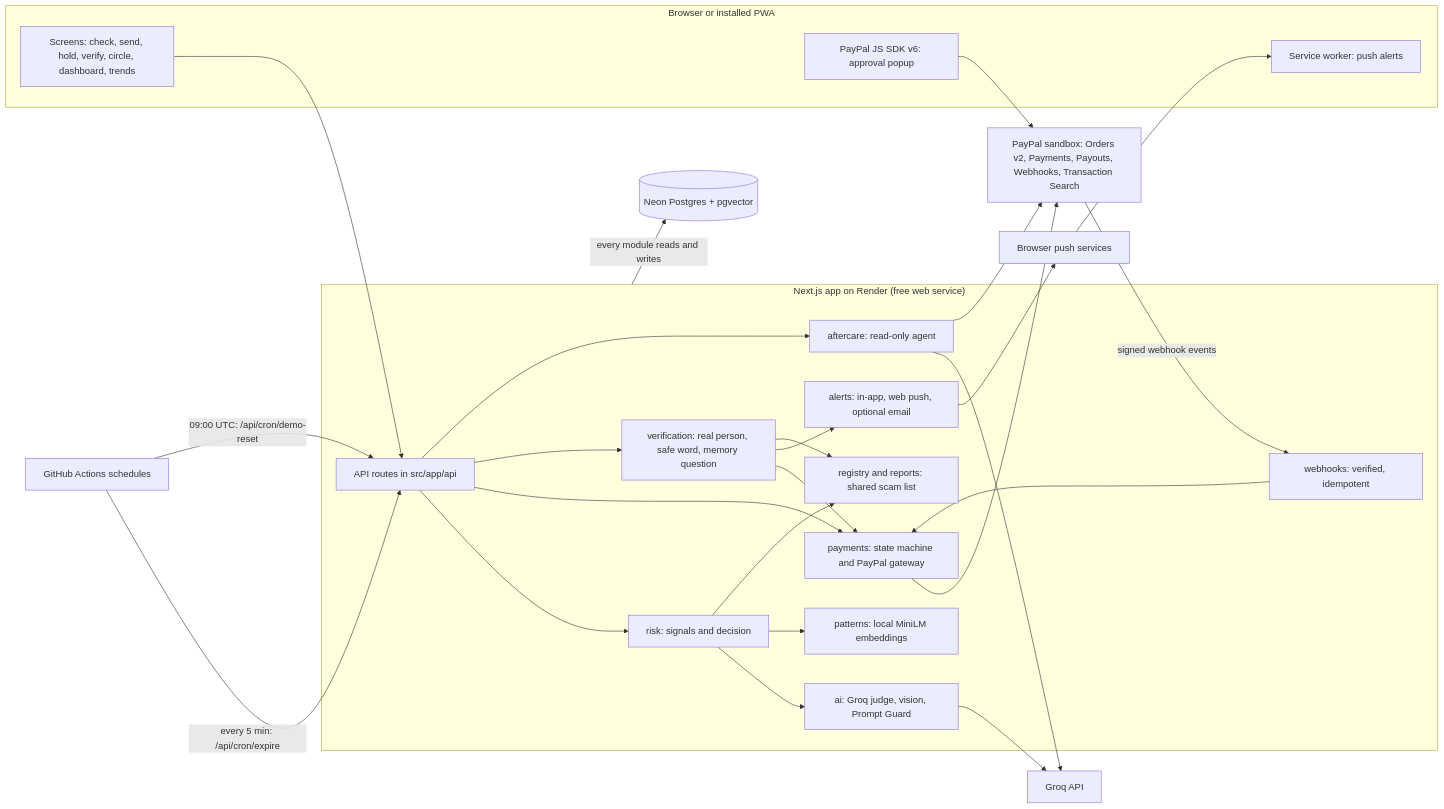
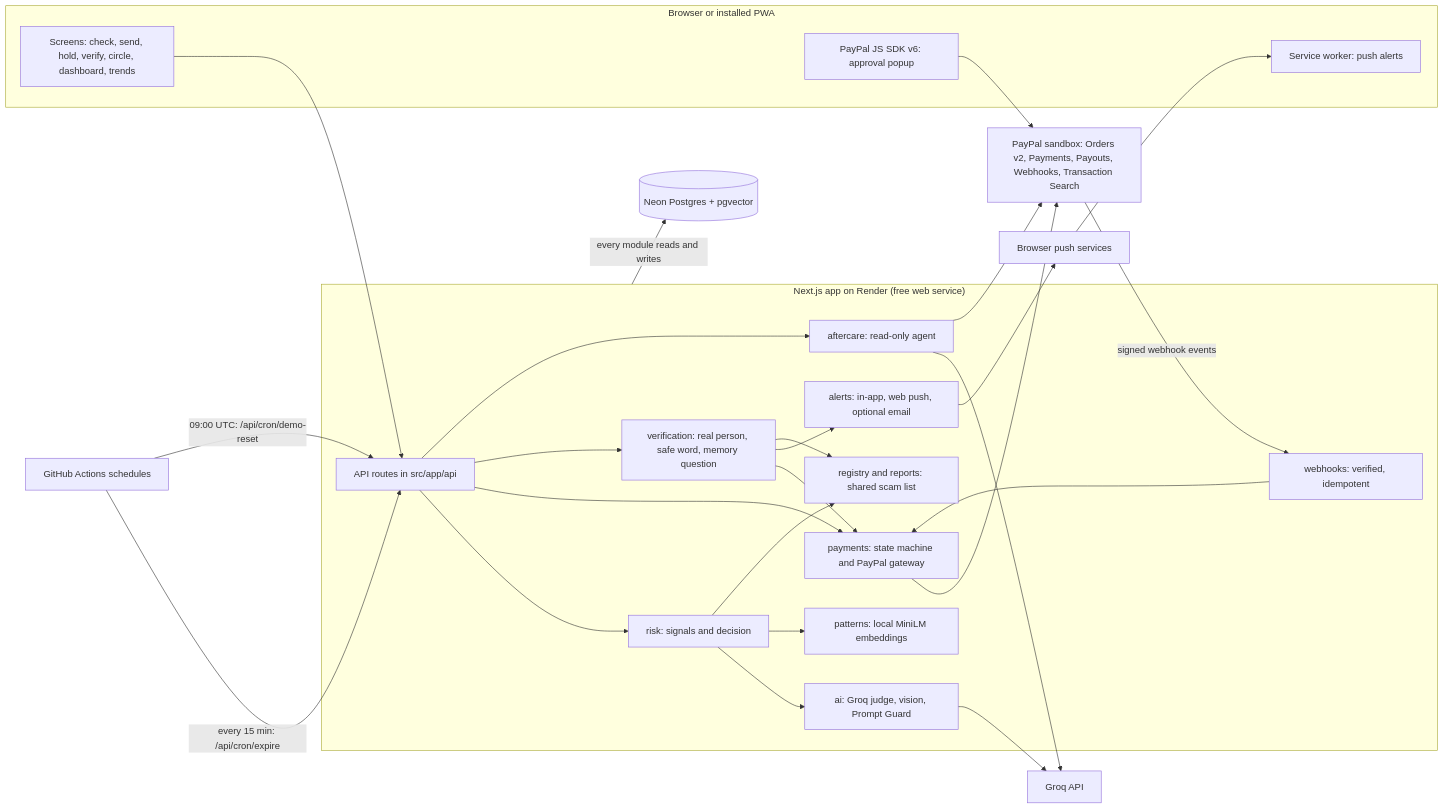
Before and after one commit to prats-2311/trust-circle: the diagram in README.md, drawn with Mermaid. The commit also changed other lines of this file and 2 other files, not shown here.

````diff
--- a/README.md
+++ b/README.md
@@ -193,51 +193,51 @@
 ```mermaid
 flowchart LR
   subgraph Browser["Browser or installed PWA"]
     UI["Screens: check, send, hold, verify, circle, dashboard, trends"]
     SW["Service worker: push alerts"]
     SDK["PayPal JS SDK v6: approval popup"]
   end
 
   subgraph App["Next.js app on Render (free web service)"]
     API["API routes in src/app/api"]
     RISK["risk: signals and decision"]
     AI["ai: Groq judge, vision, Prompt Guard"]
     PAT["patterns: local MiniLM embeddings"]
     PAY["payments: state machine and PayPal gateway"]
     VER["verification: real person, safe word, memory question"]
     REG["registry and reports: shared scam list"]
     ALR["alerts: in-app, web push, optional email"]
     AFT["aftercare: read-only agent"]
     WH["webhooks: verified, idempotent"]
   end
 
   DB[("Neon Postgres + pgvector")]
   PP["PayPal sandbox: Orders v2, Payments, Payouts, Webhooks, Transaction Search"]
   GROQ["Groq API"]
   PUSH["Browser push services"]
   GHA["GitHub Actions schedules"]
 
   UI --> API
   SDK --> PP
   API --> RISK
   RISK --> AI
   RISK --> PAT
   RISK --> REG
   API --> PAY
   API --> VER
   API --> AFT
   PAY --> PP
   VER --> PAY
   VER --> ALR
   VER --> REG
   ALR --> PUSH
   PUSH --> SW
   AFT --> GROQ
   AFT --> PP
   AI --> GROQ
   PP -- "signed webhook events" --> WH
   WH --> PAY
-  GHA -- "every 5 min: /api/cron/expire" --> API
+  GHA -- "every 15 min: /api/cron/expire" --> API
   GHA -- "09:00 UTC: /api/cron/demo-reset" --> API
   App -- "every module reads and writes" --> DB
 ```
````
